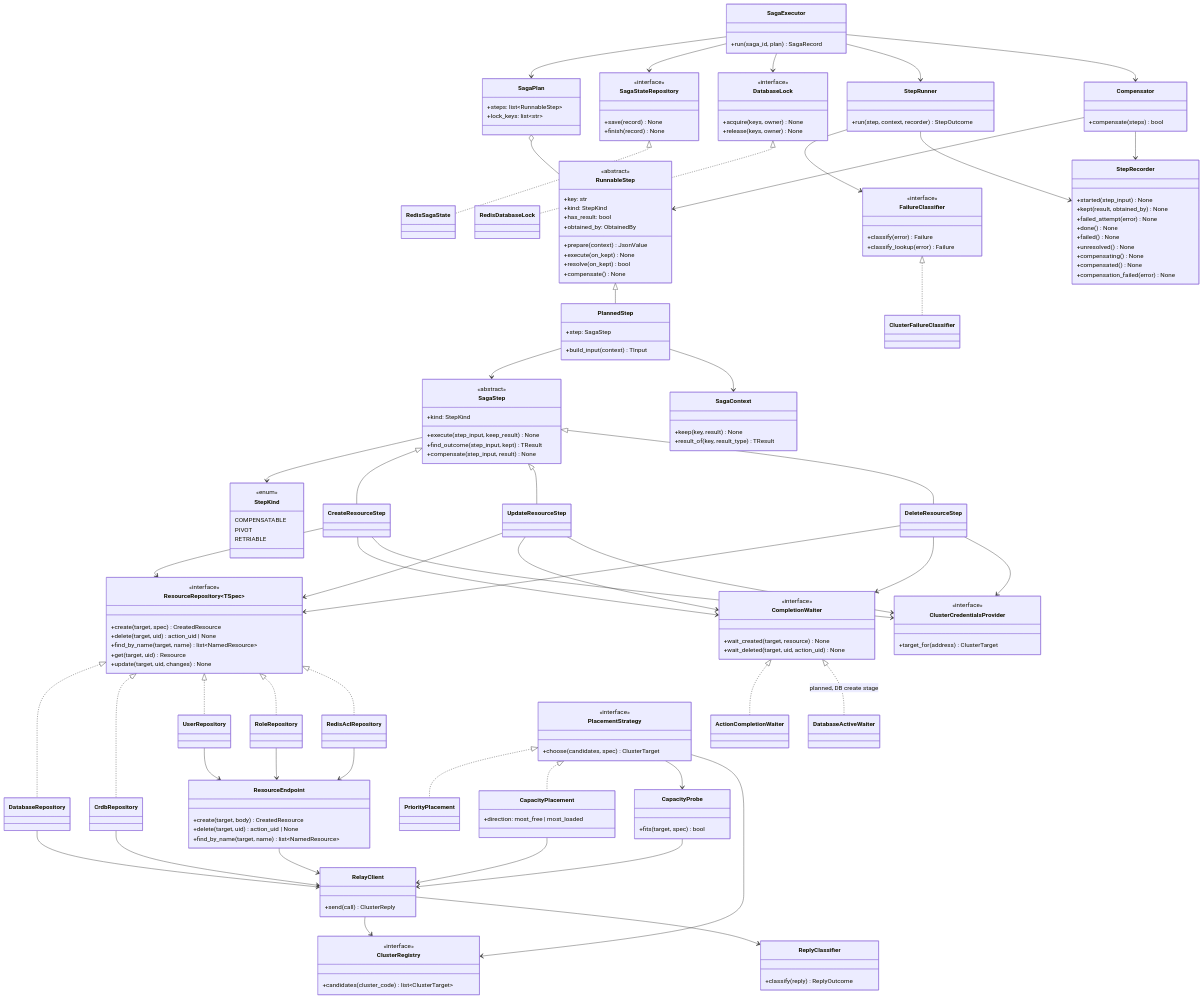
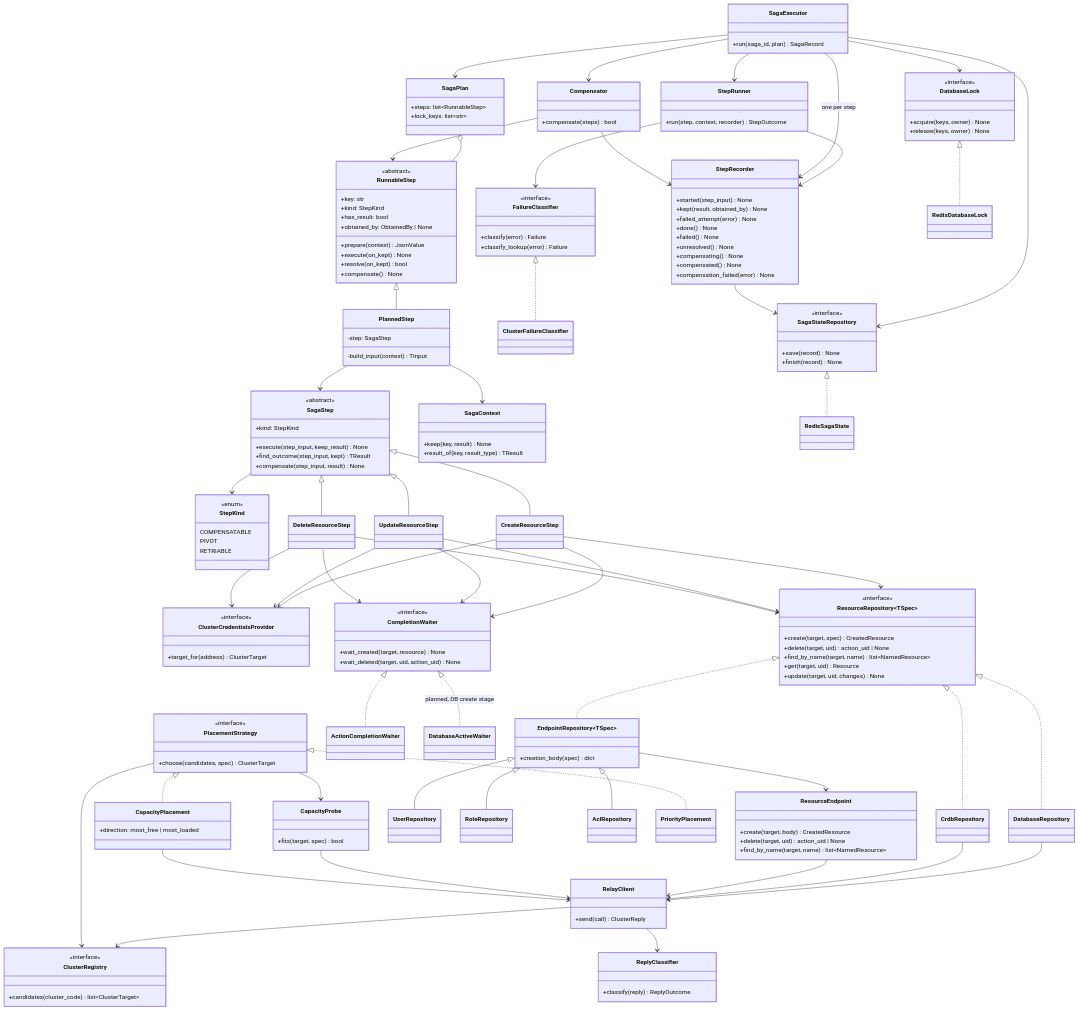
The second of 2 diagrams in docs/design/saga.md (EliShteinman/redis-enterprise-services), drawn with Mermaid before and after one commit. The commit also changed other lines of this file and 2 other files, not shown here.

Commit message:
docs: AclRepository and EndpointRepository in the class diagram; heartbeat is piece 7d; the existing DB uid comes from planning

```diff
--- a/docs/design/saga.md
+++ b/docs/design/saga.md
@@ -686,15 +686,15 @@
         +key: str
         +kind: StepKind
         +has_result: bool
-        +obtained_by: ObtainedBy
+        +obtained_by: ObtainedBy | None
         +prepare(context) JsonValue
         +execute(on_kept) None
         +resolve(on_kept) bool
         +compensate() None
     }
     class PlannedStep {
-        +step: SagaStep
-        +build_input(context) TInput
+        -step: SagaStep
+        -build_input(context) TInput
     }
     class StepRecorder {
         +started(step_input) None
@@ -764,7 +764,10 @@
     class CrdbRepository
     class UserRepository
     class RoleRepository
-    class RedisAclRepository
+    class AclRepository
+    class EndpointRepository~TSpec~ {
+        +creation_body(spec) dict
+    }
     class CompletionWaiter {
         <<interface>>
         +wait_created(target, resource) None
@@ -807,6 +810,8 @@
     SagaPlan o-- RunnableStep
     RunnableStep <|-- PlannedStep
     StepRunner --> StepRecorder
+    SagaExecutor --> StepRecorder : one per step
+    StepRecorder --> SagaStateRepository
     Compensator --> RunnableStep
     Compensator --> StepRecorder
     PlannedStep --> SagaStep
@@ -825,14 +830,13 @@
     CompletionWaiter <|.. DatabaseActiveWaiter : planned, DB create stage
     ResourceRepository <|.. DatabaseRepository
     ResourceRepository <|.. CrdbRepository
-    ResourceRepository <|.. UserRepository
-    ResourceRepository <|.. RoleRepository
-    ResourceRepository <|.. RedisAclRepository
+    ResourceRepository <|.. EndpointRepository
+    EndpointRepository <|-- UserRepository
+    EndpointRepository <|-- RoleRepository
+    EndpointRepository <|-- AclRepository
     DatabaseRepository --> RelayClient
     CrdbRepository --> RelayClient
-    UserRepository --> ResourceEndpoint
-    RoleRepository --> ResourceEndpoint
-    RedisAclRepository --> ResourceEndpoint
+    EndpointRepository --> ResourceEndpoint
     ResourceEndpoint --> RelayClient
     CreateResourceStep --> ClusterCredentialsProvider
     UpdateResourceStep --> ClusterCredentialsProvider
```
